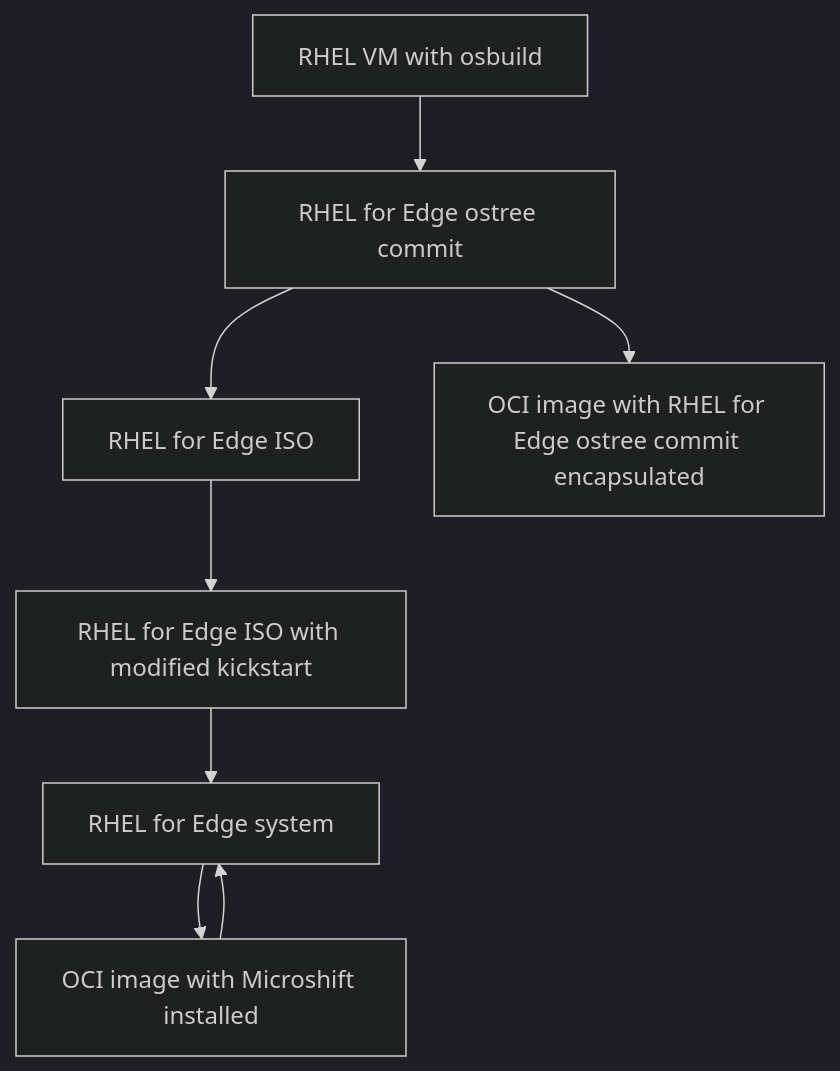
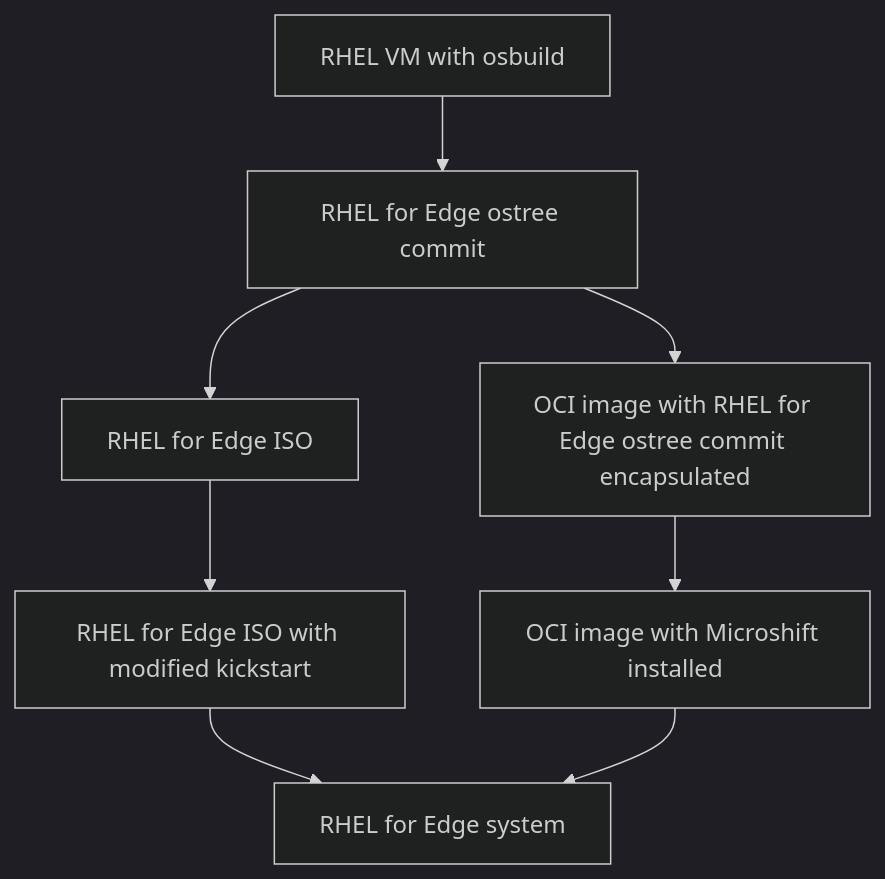
The diagram in README.md (miabbott/r4e-microshift-demo), drawn with Mermaid (dark theme) before and after one commit.

Commit message:
fix order of OCI image

````diff
--- a/README.md
+++ b/README.md
@@ -15,10 +15,10 @@
 ```mermaid
 flowchart TD;
   id1[RHEL VM with osbuild]-->id2[RHEL for Edge ostree commit];
   id2-->id3[RHEL for Edge ISO];
   id3-->id4[RHEL for Edge ISO with modified kickstart];
   id4-->id5[RHEL for Edge system];
   id2-->id6[OCI image with RHEL for Edge ostree commit encapsulated];
-  id5-->id7[OCI image with Microshift installed];
+  id6-->id7[OCI image with Microshift installed];
   id7-->id5;
 ```
````
